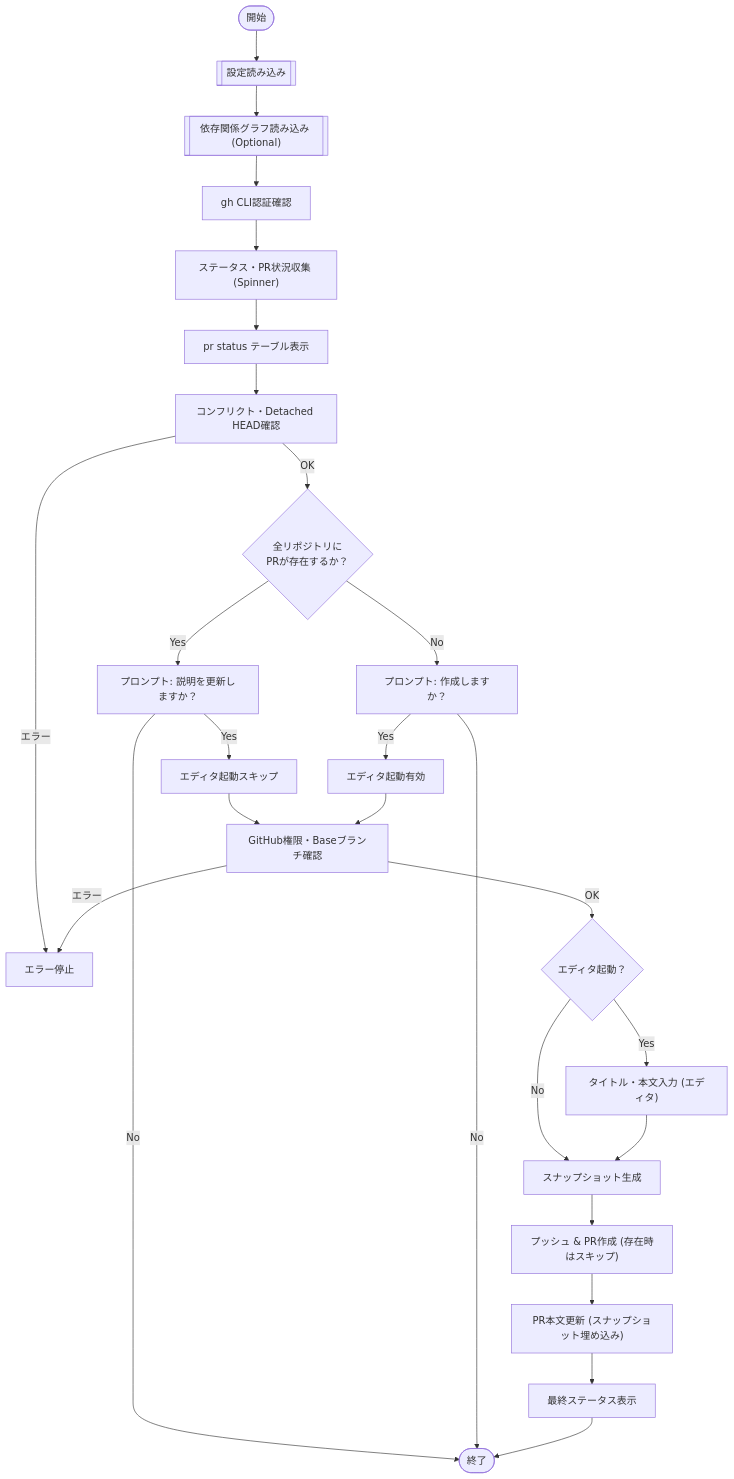
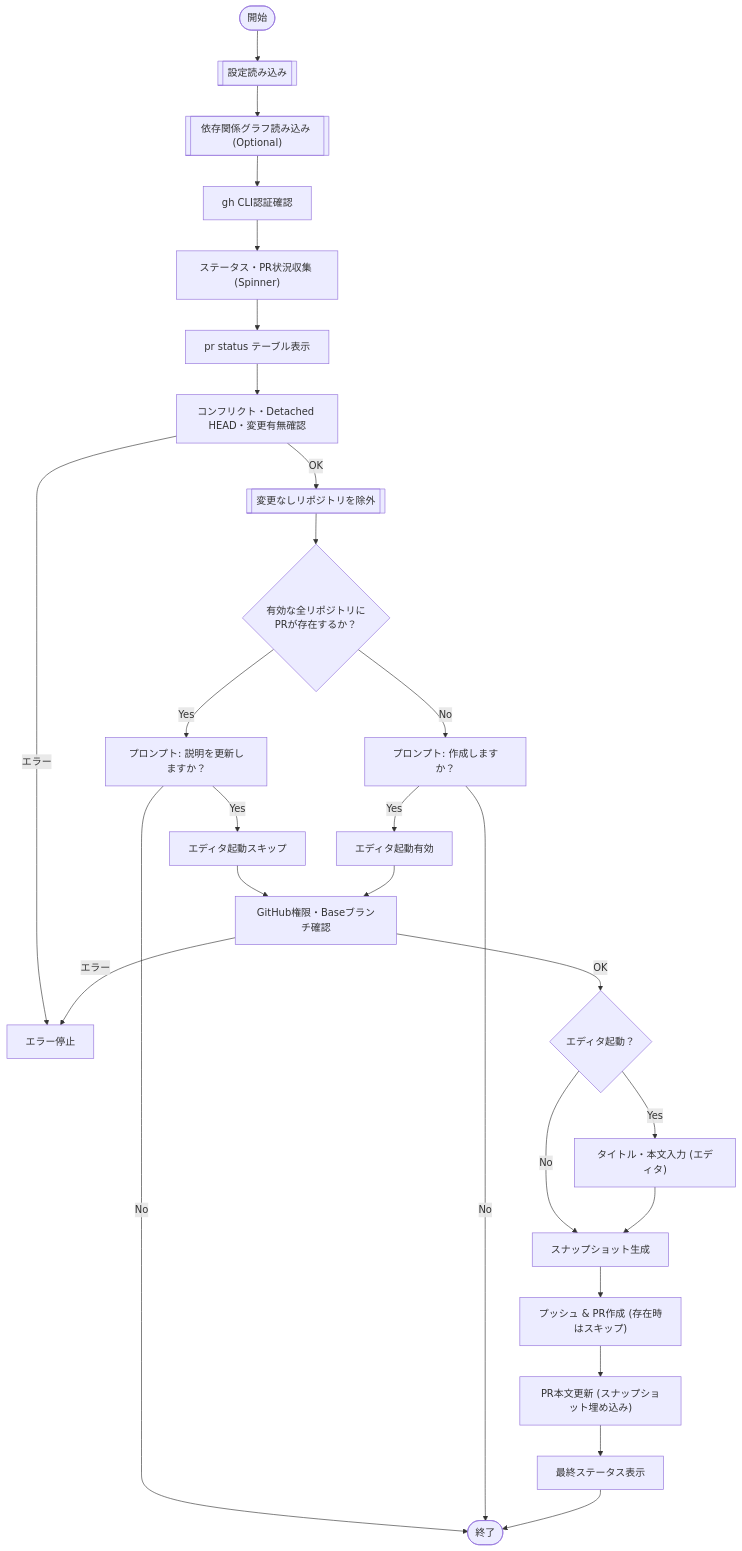
One commit to keiji/mistletoe changed the diagram in docs/internal/app/pr_create.md. Above: the diagram before and after it, drawn with Mermaid. The commit also changed other lines of this file and 1 other file, not shown here.

````diff
--- a/docs/internal/app/pr_create.md
+++ b/docs/internal/app/pr_create.md
@@ -27,33 +27,34 @@
 ```mermaid
 flowchart TD
     Start(["開始"]) --> LoadConfigSub[["設定読み込み"]]
     LoadConfigSub --> LoadDep[["依存関係グラフ読み込み (Optional)"]]
     LoadDep --> ValidateAuth["gh CLI認証確認"]
     ValidateAuth --> CollectStatus["ステータス・PR状況収集 (Spinner)"]
     CollectStatus --> RenderTable["pr status テーブル表示"]
-    RenderTable --> CheckBlockers["コンフリクト・Detached HEAD確認"]
+    RenderTable --> CheckBlockers["コンフリクト・Detached HEAD・変更有無確認"]
     CheckBlockers -- "エラー" --> ErrorState["エラー停止"]
-    CheckBlockers -- "OK" --> CheckAllPRs{"全リポジトリに\nPRが存在するか？"}
+    CheckBlockers -- "OK" --> FilterRepos[["変更なしリポジトリを除外"]]
+    FilterRepos --> CheckAllPRs{"有効な全リポジトリに\nPRが存在するか？"}
 
     CheckAllPRs -- "Yes" --> PromptYes["プロンプト: 説明を更新しますか？"]
     PromptYes -- "No" --> Stop(["終了"])
     PromptYes -- "Yes" --> SetSkipEditor["エディタ起動スキップ"]
 
     CheckAllPRs -- "No" --> PromptNo["プロンプト: 作成しますか？"]
     PromptNo -- "No" --> Stop
     PromptNo -- "Yes" --> SetNoSkip["エディタ起動有効"]
 
     SetSkipEditor --> VerifyBase["GitHub権限・Baseブランチ確認"]
     SetNoSkip --> VerifyBase
 
     VerifyBase -- "エラー" --> ErrorState
     VerifyBase -- "OK" --> CheckEditor{"エディタ起動？"}
     CheckEditor -- "Yes" --> InputContent["タイトル・本文入力 (エディタ)"]
     CheckEditor -- "No" --> GenSnapshot["スナップショット生成"]
     InputContent --> GenSnapshot
 
     GenSnapshot --> PushAndCreate["プッシュ & PR作成 (存在時はスキップ)"]
     PushAndCreate --> UpdateDesc["PR本文更新 (スナップショット埋め込み)"]
     UpdateDesc --> ShowFinalStatus["最終ステータス表示"]
     ShowFinalStatus --> Stop
 ```
````
